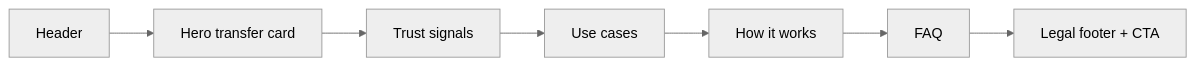
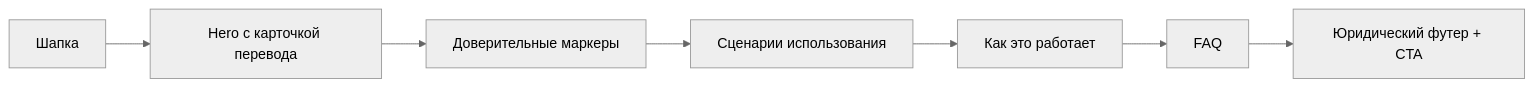
Before and after one commit to cr8v-studio/bankir: the first of 3 diagrams in README.md, drawn with Mermaid (neutral theme). The commit also changed other lines of this file, not shown here.

````diff
--- a/README.md
+++ b/README.md
@@ -37,9 +37,9 @@
 ```mermaid
 flowchart LR
-  A["Header"] --> B["Hero transfer card"]
-  B --> C["Trust signals"]
-  C --> D["Use cases"]
-  D --> E["How it works"]
+  A["Шапка"] --> B["Hero с карточкой перевода"]
+  B --> C["Доверительные маркеры"]
+  C --> D["Сценарии использования"]
+  D --> E["Как это работает"]
   E --> F["FAQ"]
-  F --> G["Legal footer + CTA"]
+  F --> G["Юридический футер + CTA"]
 ```
````
